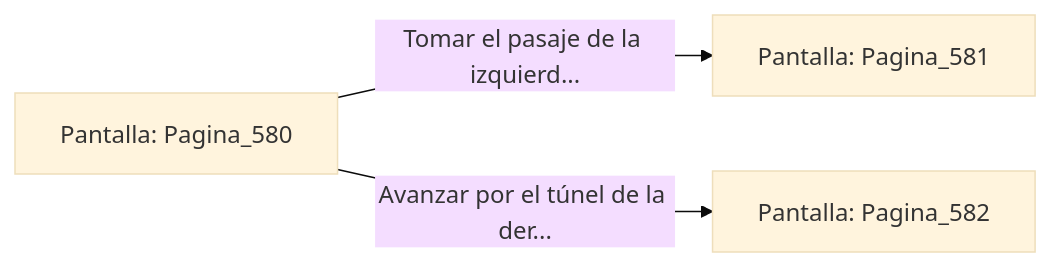
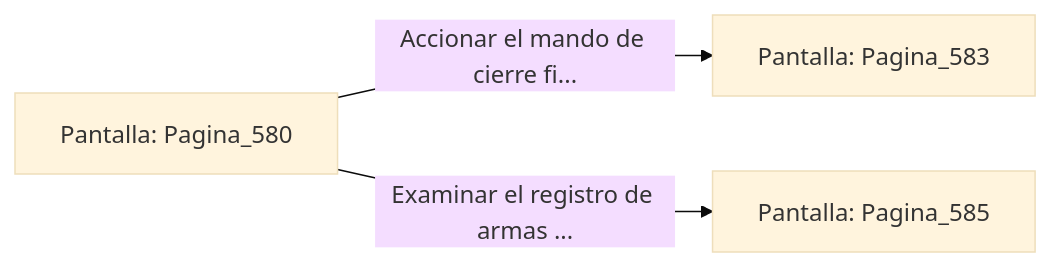
Before and after one commit to metsuke/mpl: the diagram in sample/eligejuego-vault/Pantalla_Pagina_580.md, drawn with Mermaid (base theme). The commit also changed other lines of this file and 635 other files, not shown here.

First line of the commit message:
fix: añadir Pagina_1 como pantalla inicial en capitulo_01.mpl

````diff
--- a/sample/eligejuego-vault/Pantalla_Pagina_580.md
+++ b/sample/eligejuego-vault/Pantalla_Pagina_580.md
@@ -20,6 +22,6 @@
 ```mermaid
 graph LR
     P_Pagina_580["Pantalla: Pagina_580"]
-    P_Pagina_580 -->|"Tomar el pasaje de la izquierd..."| P_Pagina_581["Pantalla: Pagina_581"]
-    P_Pagina_580 -->|"Avanzar por el túnel de la der..."| P_Pagina_582["Pantalla: Pagina_582"]
+    P_Pagina_580 -->|"Accionar el mando de cierre fi..."| P_Pagina_583["Pantalla: Pagina_583"]
+    P_Pagina_580 -->|"Examinar el registro de armas ..."| P_Pagina_585["Pantalla: Pagina_585"]
 ```
````
